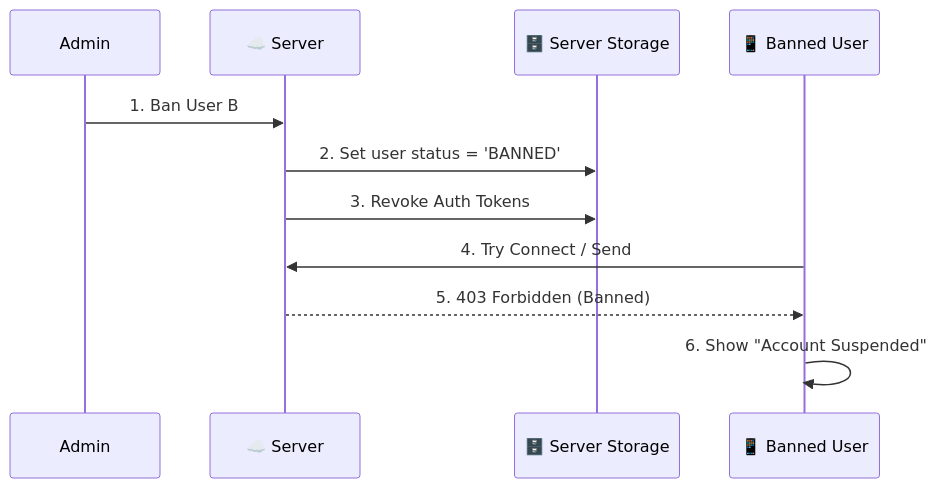
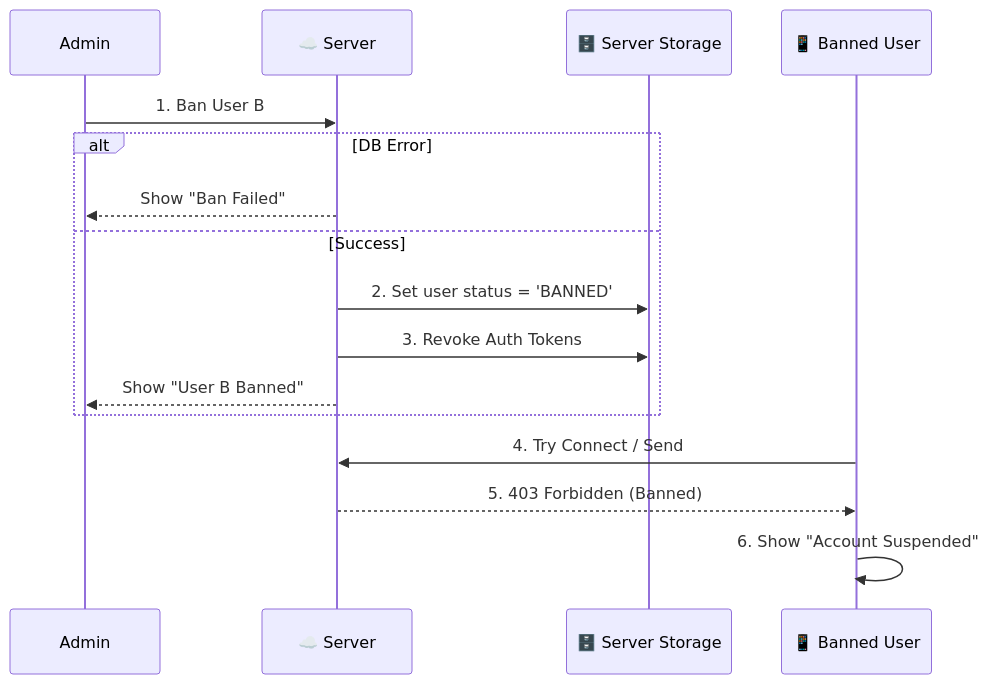
Diagram 13 of 18 in CompleteUseCaseFlows.md (pingappduniya-oss/Ping-App-Complete-Use-Case-Flows-Technical-Deep-Dive-), drawn with Mermaid before and after one commit. The commit also changed other lines of this file, not shown here.

````diff
--- a/CompleteUseCaseFlows.md
+++ b/CompleteUseCaseFlows.md
@@ -338,15 +368,21 @@
 ```mermaid
 sequenceDiagram
     participant Admin
     participant Server as ☁️ Server
     participant SS as 🗄️ Server Storage
     participant Target as 📱 Banned User
 
     Admin->>Server: 1. Ban User B
-    Server->>SS: 2. Set user status = 'BANNED'
-    Server->>SS: 3. Revoke Auth Tokens
+    
+    alt DB Error
+        Server-->>Admin: Show "Ban Failed"
+    else Success
+        Server->>SS: 2. Set user status = 'BANNED'
+        Server->>SS: 3. Revoke Auth Tokens
+        Server-->>Admin: Show "User B Banned"
+    end
     
     Target->>Server: 4. Try Connect / Send
     Server-->>Target: 5. 403 Forbidden (Banned)
     Target->>Target: 6. Show "Account Suspended"
 ```
````
